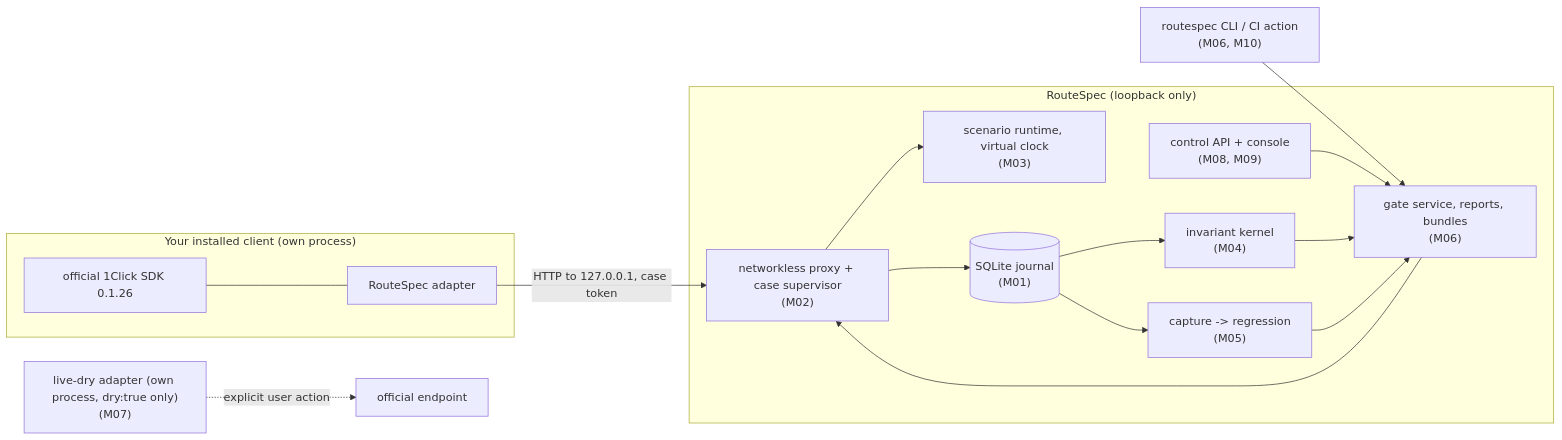
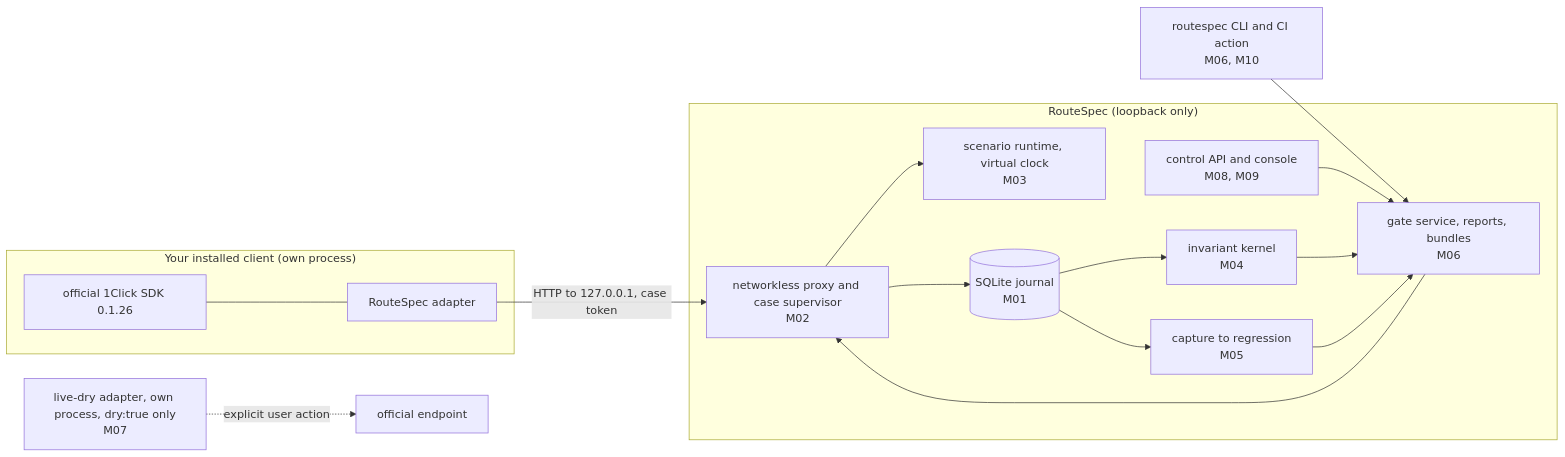
The diagram in README.md (gnanam1990/routespec-near), drawn with Mermaid before and after one commit.

Commit message:
docs(readme): use GitHub-compatible line breaks in the architecture diagram

````diff
--- a/README.md
+++ b/README.md
@@ -386,21 +386,26 @@
 ```mermaid
 flowchart LR
   subgraph Client["Your installed client (own process)"]
     SDK["official 1Click SDK 0.1.26"] --- AD["RouteSpec adapter"]
   end
   subgraph RS["RouteSpec (loopback only)"]
-    API["control API + console\n(M08, M09)"]
-    RUN["gate service, reports, bundles\n(M06)"]
-    PX["networkless proxy + case supervisor\n(M02)"]
-    SC["scenario runtime, virtual clock\n(M03)"]
-    J[("SQLite journal\n(M01)")]
-    K["invariant kernel\n(M04)"]
-    RG["capture -> regression\n(M05)"]
+    API["control API and console<br/>M08, M09"]
+    RUN["gate service, reports, bundles<br/>M06"]
+    PX["networkless proxy and case supervisor<br/>M02"]
+    SC["scenario runtime, virtual clock<br/>M03"]
+    J[("SQLite journal<br/>M01")]
+    K["invariant kernel<br/>M04"]
+    RG["capture to regression<br/>M05"]
   end
-  CLI["routespec CLI / CI action\n(M06, M10)"] --> RUN
-  AD -- "HTTP to 127.0.0.1, case token" --> PX
-  API --> RUN --> PX --> SC
-  PX --> J --> K --> RUN
-  J --> RG --> RUN
-  LD["live-dry adapter (own process, dry:true only)\n(M07)"] -. "explicit user action" .-> OFF["official endpoint"]
+  CLI["routespec CLI and CI action<br/>M06, M10"] --> RUN
+  AD -->|"HTTP to 127.0.0.1, case token"| PX
+  API --> RUN
+  RUN --> PX
+  PX --> SC
+  PX --> J
+  J --> K
+  K --> RUN
+  J --> RG
+  RG --> RUN
+  LD["live-dry adapter, own process, dry:true only<br/>M07"] -.->|"explicit user action"| OFF["official endpoint"]
 ```
````
